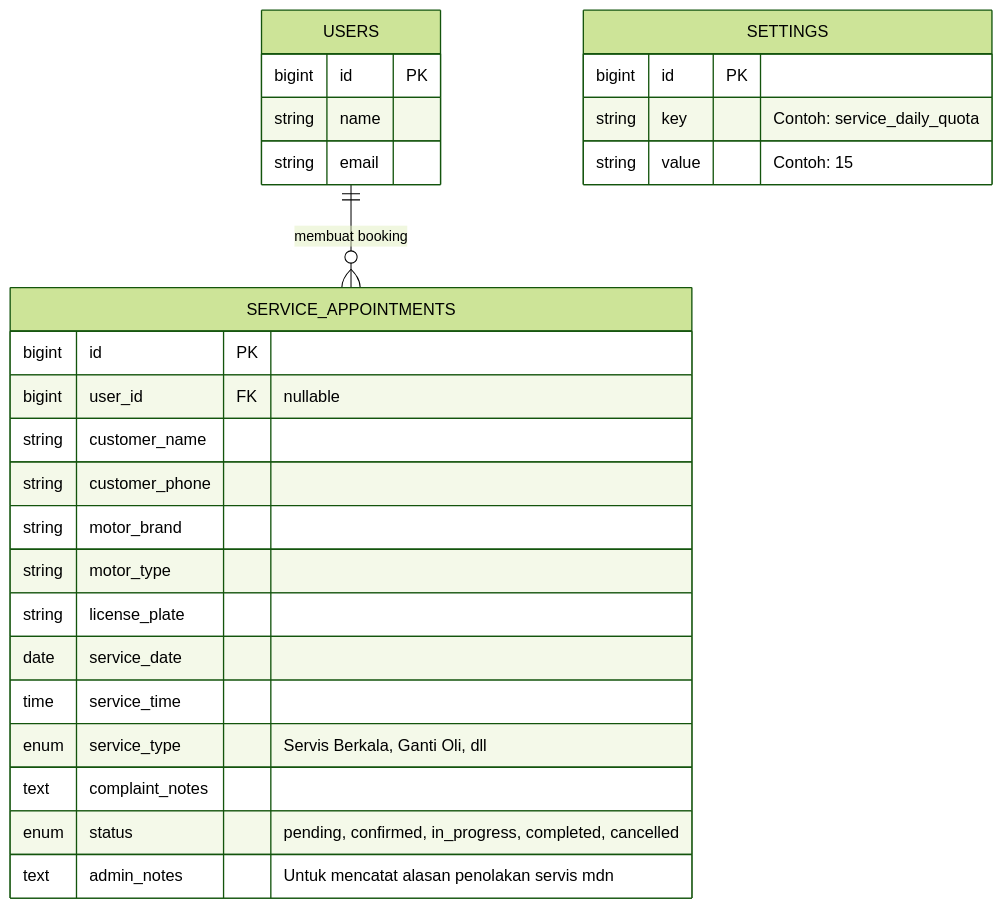
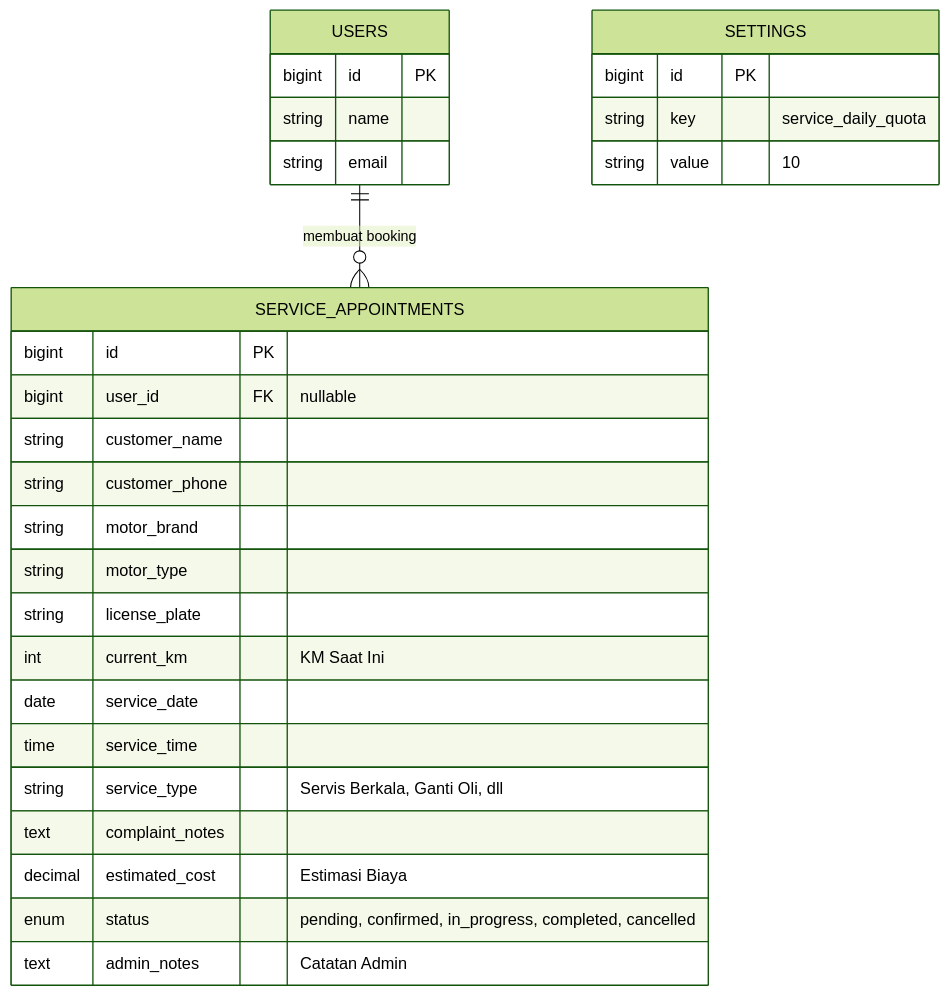
Before and after one commit to Rangga11268/SrbMotorV3: the diagram in docs/SERVICE_MECHANIC_PLAN.md, drawn with Mermaid (forest theme). The commit also changed other lines of this file and 2 other files, not shown here.

Commit message:
docs: add service mechanic planning documentation and update database ERD schema

````diff
--- a/docs/SERVICE_MECHANIC_PLAN.md
+++ b/docs/SERVICE_MECHANIC_PLAN.md
@@ -24,30 +25,32 @@
 ```mermaid
 erDiagram
     USERS {
         bigint id PK
         string name
         string email
     }
     SETTINGS {
         bigint id PK
-        string key "Contoh: service_daily_quota"
-        string value "Contoh: 15"
+        string key "service_daily_quota"
+        string value "10"
     }
     SERVICE_APPOINTMENTS {
         bigint id PK
         bigint user_id FK "nullable"
         string customer_name
         string customer_phone
         string motor_brand
         string motor_type
         string license_plate
+        int current_km "KM Saat Ini"
         date service_date
         time service_time
-        enum service_type "Servis Berkala, Ganti Oli, dll"
+        string service_type "Servis Berkala, Ganti Oli, dll"
         text complaint_notes
+        decimal estimated_cost "Estimasi Biaya"
         enum status "pending, confirmed, in_progress, completed, cancelled"
-        text admin_notes "Untuk mencatat alasan penolakan servis mdn"
+        text admin_notes "Catatan Admin"
     }
 
     USERS ||--o{ SERVICE_APPOINTMENTS : "membuat booking"
 ```
````
